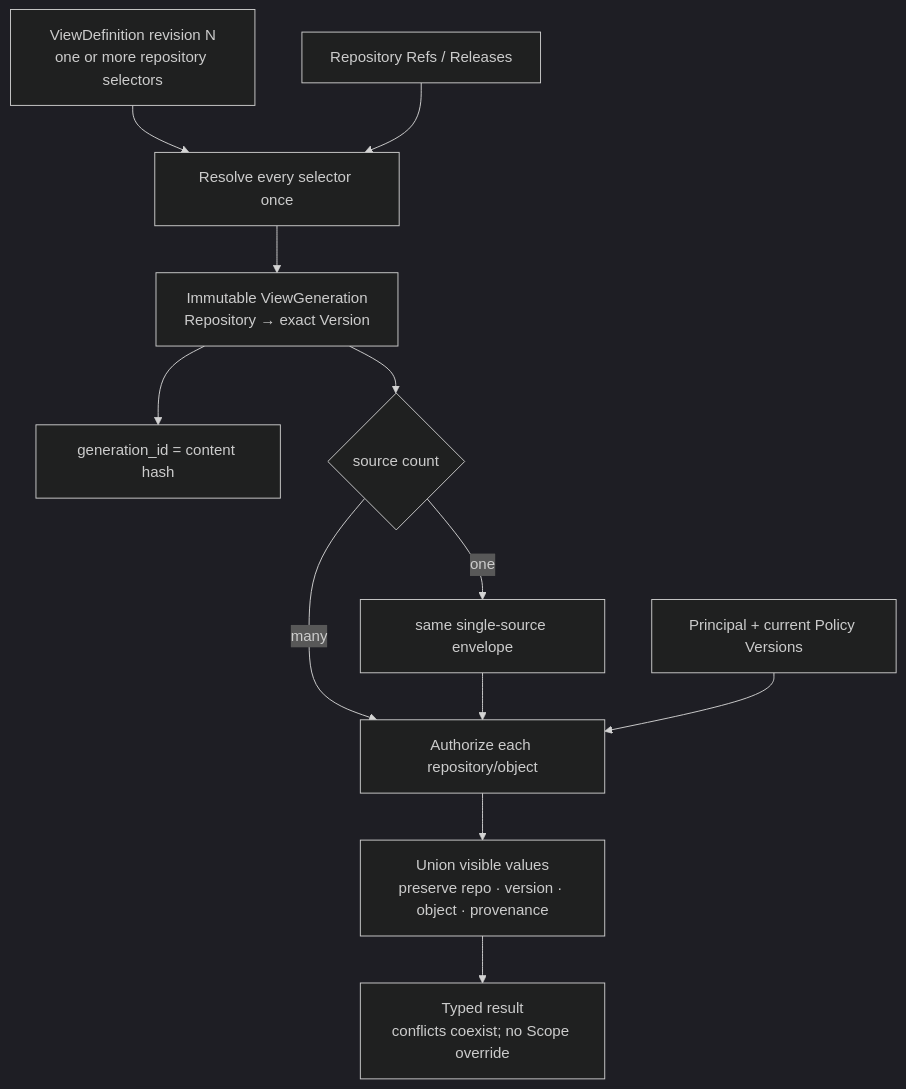
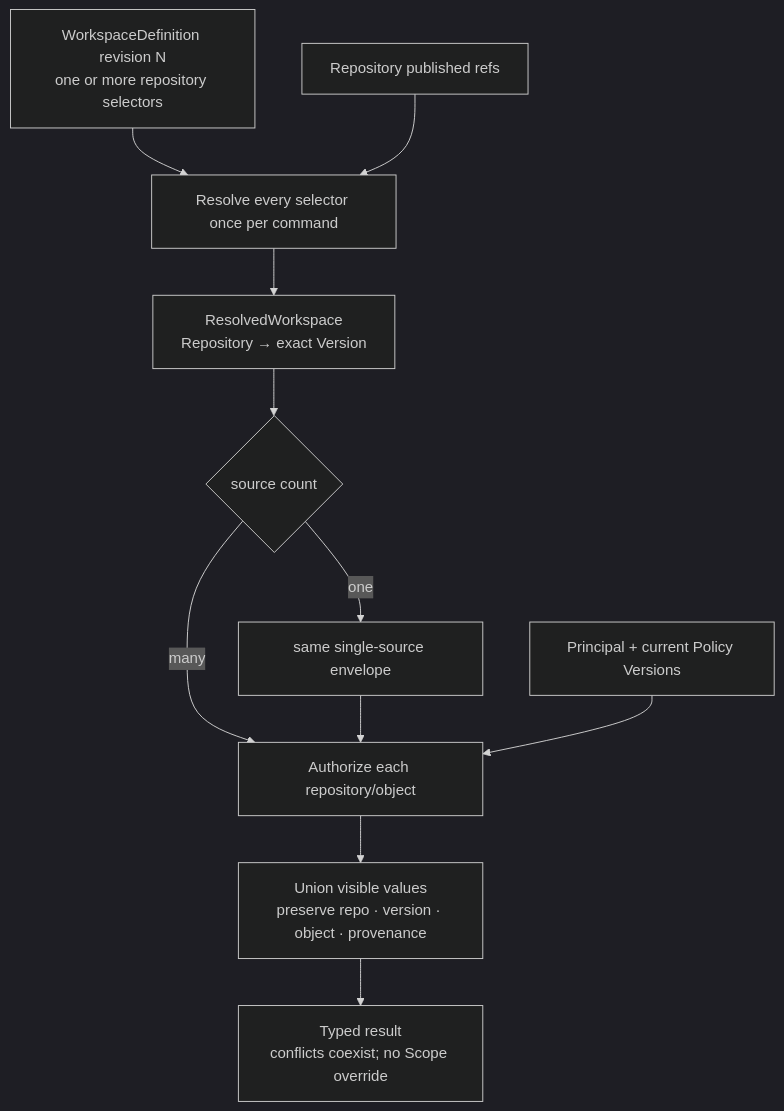
One commit to AlexKaiqi/knowledge-catalog changed diagram 12 of 17 in docs/KNOWLEDGE_CATALOG_DESIGN.md. Above: the diagram before and after it, drawn with Mermaid (dark theme). The commit also changed other lines of this file and 183 other files, not shown here.

````diff
--- a/docs/KNOWLEDGE_CATALOG_DESIGN.md
+++ b/docs/KNOWLEDGE_CATALOG_DESIGN.md
@@ -791,16 +793,15 @@
 ```mermaid
-%% diagram:catalog-view-resolution
+%% diagram:catalog-workspace-resolution
 flowchart TB
-  VD[ViewDefinition revision N<br/>one or more repository selectors]
-  VD --> R[Resolve every selector once]
-  RS[Repository Refs / Releases] --> R
-  R --> VG[Immutable ViewGeneration<br/>Repository → exact Version]
-  VG --> H[generation_id = content hash]
+  VD[WorkspaceDefinition revision N<br/>one or more repository selectors]
+  VD --> R[Resolve every selector once per command]
+  RS[Repository published refs] --> R
+  R --> VG[ResolvedWorkspace<br/>Repository → exact Version]
   VG --> C{source count}
   C -->|one| S[same single-source envelope]
   C -->|many| AU[Authorize each repository/object]
   S --> AU
   PR[Principal + current Policy Versions] --> AU
   AU --> U[Union visible values<br/>preserve repo · version · object · provenance]
   U --> OUT[Typed result<br/>conflicts coexist; no Scope override]
 ```
````
